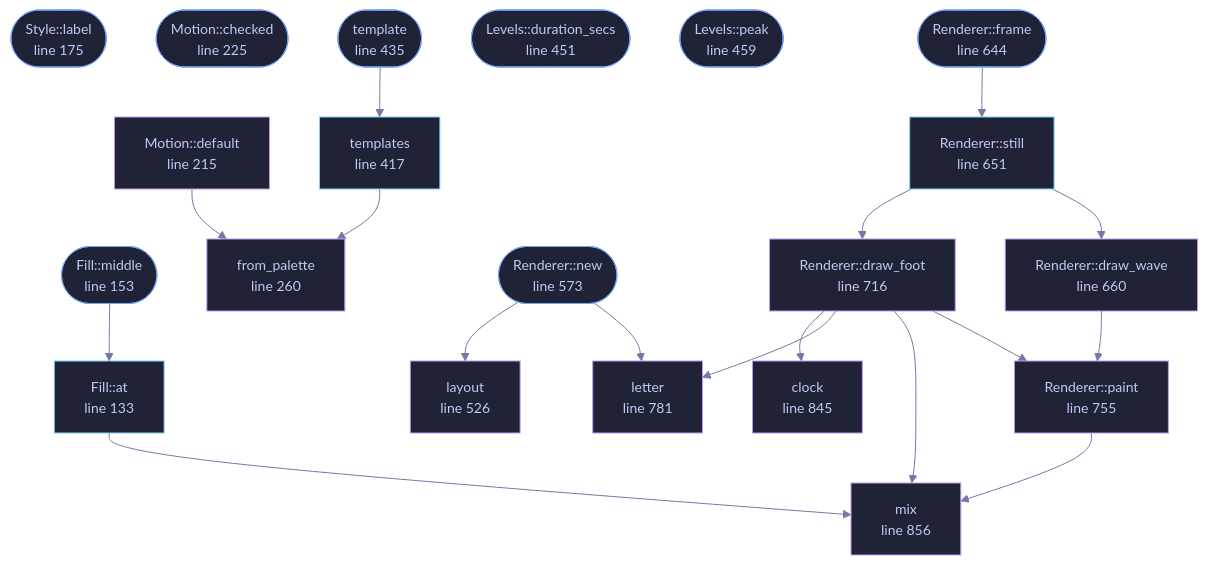
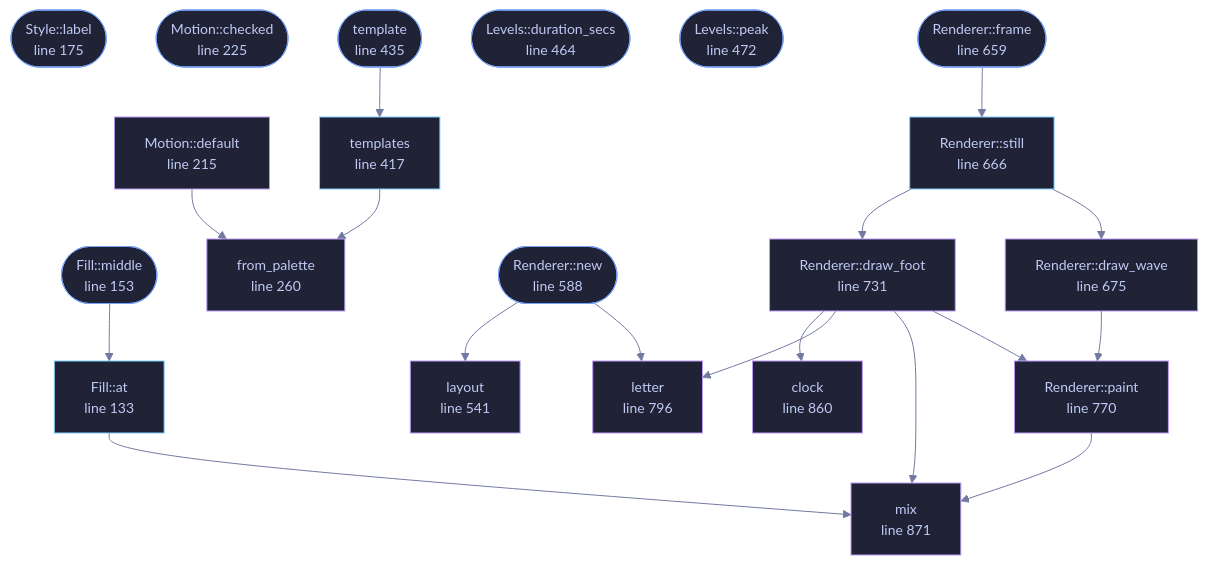
Before and after one commit to tilas01/veilvoice: the diagram in wiki/File-veilvoice-video-motion.md, drawn with Mermaid. The commit also changed other lines of this file and 61 other files, not shown here.

````diff
--- a/wiki/File-veilvoice-video-motion.md
+++ b/wiki/File-veilvoice-video-motion.md
@@ -124,70 +124,70 @@
 ```mermaid
 %%{init: {"theme":"base","themeVariables":{"background":"#1a1b26","primaryColor":"#1f2335","primaryTextColor":"#c0caf5","primaryBorderColor":"#7aa2f7","secondaryColor":"#16161e","tertiaryColor":"#16161e","lineColor":"#737aa2","textColor":"#c0caf5","mainBkg":"#1f2335","nodeBorder":"#7aa2f7","clusterBkg":"#16161e","clusterBorder":"#2f3549","fontFamily":"ui-monospace, SFMono-Regular, Consolas, monospace","fontSize":"14px"}}}%%
 flowchart TD
     n_label(["Face::label<br/>line 80"])
     n_label(["Direction::label<br/>line 106"])
     n_at["Fill::at<br/>line 133"]
     n_middle(["Fill::middle<br/>line 153"])
     n_label(["Style::label<br/>line 175"])
     n_default["Motion::default<br/>line 215"]
     n_checked(["Motion::checked<br/>line 225"])
     n_from_palette["from_palette<br/>line 260"]
     n_templates["templates<br/>line 417"]
     n_template(["template<br/>line 435"])
-    n_duration_secs(["Levels::duration_secs<br/>line 451"])
-    n_peak(["Levels::peak<br/>line 459"])
-    n_layout["layout<br/>line 526"]
-    n_new(["Renderer::new<br/>line 573"])
-    n_frame(["Renderer::frame<br/>line 644"])
-    n_still["Renderer::still<br/>line 651"]
-    n_draw_wave["Renderer::draw_wave<br/>line 660"]
-    n_draw_foot["Renderer::draw_foot<br/>line 716"]
-    n_paint["Renderer::paint<br/>line 755"]
-    n_letter["letter<br/>line 781"]
-    n_clock["clock<br/>line 845"]
-    n_mix["mix<br/>line 856"]
+    n_duration_secs(["Levels::duration_secs<br/>line 464"])
+    n_peak(["Levels::peak<br/>line 472"])
+    n_layout["layout<br/>line 541"]
+    n_new(["Renderer::new<br/>line 588"])
+    n_frame(["Renderer::frame<br/>line 659"])
+    n_still["Renderer::still<br/>line 666"]
+    n_draw_wave["Renderer::draw_wave<br/>line 675"]
+    n_draw_foot["Renderer::draw_foot<br/>line 731"]
+    n_paint["Renderer::paint<br/>line 770"]
+    n_letter["letter<br/>line 796"]
+    n_clock["clock<br/>line 860"]
+    n_mix["mix<br/>line 871"]
     n_at --> n_mix
     n_default --> n_from_palette
     n_draw_foot --> n_clock
     n_draw_foot --> n_letter
     n_draw_foot --> n_mix
     n_draw_foot --> n_paint
     n_draw_wave --> n_paint
     n_frame --> n_still
     n_middle --> n_at
     n_new --> n_layout
     n_new --> n_letter
     n_paint --> n_mix
     n_still --> n_draw_foot
     n_still --> n_draw_wave
     n_template --> n_templates
     n_templates --> n_from_palette
     click n_label href "https://github.com/tilas01/veilvoice/blob/main/crates/veilvoice-video/src/motion.rs#L80" "open the source"
     click n_label href "https://github.com/tilas01/veilvoice/blob/main/crates/veilvoice-video/src/motion.rs#L106" "open the source"
     click n_at href "https://github.com/tilas01/veilvoice/blob/main/crates/veilvoice-video/src/motion.rs#L133" "open the source"
     click n_middle href "https://github.com/tilas01/veilvoice/blob/main/crates/veilvoice-video/src/motion.rs#L153" "open the source"
     click n_label href "https://github.com/tilas01/veilvoice/blob/main/crates/veilvoice-video/src/motion.rs#L175" "open the source"
     click n_default href "https://github.com/tilas01/veilvoice/blob/main/crates/veilvoice-video/src/motion.rs#L215" "open the source"
     click n_checked href "https://github.com/tilas01/veilvoice/blob/main/crates/veilvoice-video/src/motion.rs#L225" "open the source"
     click n_from_palette href "https://github.com/tilas01/veilvoice/blob/main/crates/veilvoice-video/src/motion.rs#L260" "open the source"
     click n_templates href "https://github.com/tilas01/veilvoice/blob/main/crates/veilvoice-video/src/motion.rs#L417" "open the source"
     click n_template href "https://github.com/tilas01/veilvoice/blob/main/crates/veilvoice-video/src/motion.rs#L435" "open the source"
-    click n_duration_secs href "https://github.com/tilas01/veilvoice/blob/main/crates/veilvoice-video/src/motion.rs#L451" "open the source"
-    click n_peak href "https://github.com/tilas01/veilvoice/blob/main/crates/veilvoice-video/src/motion.rs#L459" "open the source"
-    click n_layout href "https://github.com/tilas01/veilvoice/blob/main/crates/veilvoice-video/src/motion.rs#L526" "open the source"
-    click n_new href "https://github.com/tilas01/veilvoice/blob/main/crates/veilvoice-video/src/motion.rs#L573" "open the source"
-    click n_frame href "https://github.com/tilas01/veilvoice/blob/main/crates/veilvoice-video/src/motion.rs#L644" "open the source"
-    click n_still href "https://github.com/tilas01/veilvoice/blob/main/crates/veilvoice-video/src/motion.rs#L651" "open the source"
-    click n_draw_wave href "https://github.com/tilas01/veilvoice/blob/main/crates/veilvoice-video/src/motion.rs#L660" "open the source"
-    click n_draw_foot href "https://github.com/tilas01/veilvoice/blob/main/crates/veilvoice-video/src/motion.rs#L716" "open the source"
-    click n_paint href "https://github.com/tilas01/veilvoice/blob/main/crates/veilvoice-video/src/motion.rs#L755" "open the source"
-    click n_letter href "https://github.com/tilas01/veilvoice/blob/main/crates/veilvoice-video/src/motion.rs#L781" "open the source"
-    click n_clock href "https://github.com/tilas01/veilvoice/blob/main/crates/veilvoice-video/src/motion.rs#L845" "open the source"
-    click n_mix href "https://github.com/tilas01/veilvoice/blob/main/crates/veilvoice-video/src/motion.rs#L856" "open the source"
+    click n_duration_secs href "https://github.com/tilas01/veilvoice/blob/main/crates/veilvoice-video/src/motion.rs#L464" "open the source"
+    click n_peak href "https://github.com/tilas01/veilvoice/blob/main/crates/veilvoice-video/src/motion.rs#L472" "open the source"
+    click n_layout href "https://github.com/tilas01/veilvoice/blob/main/crates/veilvoice-video/src/motion.rs#L541" "open the source"
+    click n_new href "https://github.com/tilas01/veilvoice/blob/main/crates/veilvoice-video/src/motion.rs#L588" "open the source"
+    click n_frame href "https://github.com/tilas01/veilvoice/blob/main/crates/veilvoice-video/src/motion.rs#L659" "open the source"
+    click n_still href "https://github.com/tilas01/veilvoice/blob/main/crates/veilvoice-video/src/motion.rs#L666" "open the source"
+    click n_draw_wave href "https://github.com/tilas01/veilvoice/blob/main/crates/veilvoice-video/src/motion.rs#L675" "open the source"
+    click n_draw_foot href "https://github.com/tilas01/veilvoice/blob/main/crates/veilvoice-video/src/motion.rs#L731" "open the source"
+    click n_paint href "https://github.com/tilas01/veilvoice/blob/main/crates/veilvoice-video/src/motion.rs#L770" "open the source"
+    click n_letter href "https://github.com/tilas01/veilvoice/blob/main/crates/veilvoice-video/src/motion.rs#L796" "open the source"
+    click n_clock href "https://github.com/tilas01/veilvoice/blob/main/crates/veilvoice-video/src/motion.rs#L860" "open the source"
+    click n_mix href "https://github.com/tilas01/veilvoice/blob/main/crates/veilvoice-video/src/motion.rs#L871" "open the source"
     classDef entry fill:#1f2335,stroke:#7aa2f7,color:#c0caf5
     class n_label,n_label,n_middle,n_label,n_checked,n_template,n_duration_secs,n_peak,n_new,n_frame entry
     classDef api fill:#1f2335,stroke:#7dcfff,color:#c0caf5
     class n_at,n_templates,n_still api
     classDef helper fill:#1f2335,stroke:#bb9af7,color:#c0caf5
     class n_default,n_from_palette,n_layout,n_draw_wave,n_draw_foot,n_paint,n_letter,n_clock,n_mix helper
 ```
````
